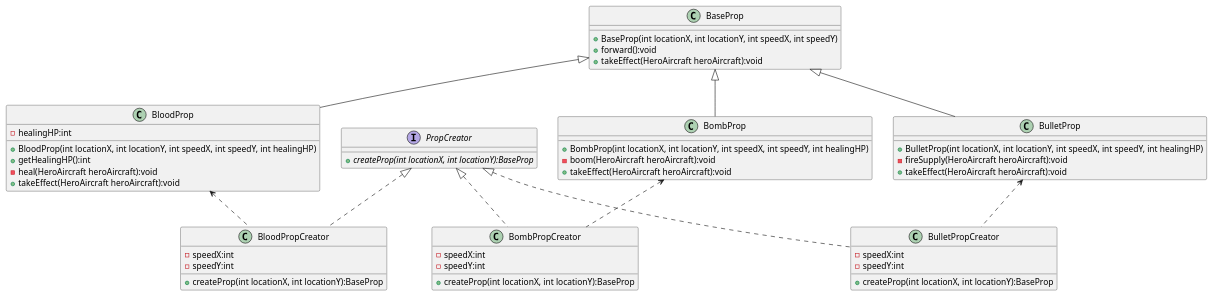
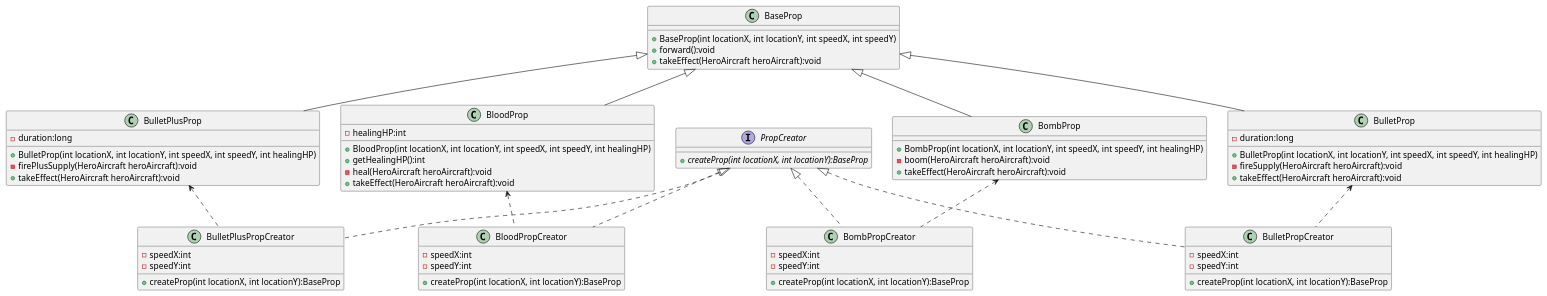
One commit to ErixisLWP/Aircraft changed the diagram in uml/Exp2_PropFactories.puml. Above: the diagram before and after it, drawn with PlantUML. The commit also changed 30 other files, not shown here.

```diff
--- a/uml/Exp2_PropFactories.puml
+++ b/uml/Exp2_PropFactories.puml
@@ -1,65 +1,83 @@
 @startuml
 
 interface PropCreator{
     + {abstract} createProp(int locationX, int locationY):BaseProp
 }
 
 class BloodPropCreator{
     - speedX:int
     - speedY:int
     + createProp(int locationX, int locationY):BaseProp
 }
 
 class BombPropCreator{
     - speedX:int
     - speedY:int
     + createProp(int locationX, int locationY):BaseProp
 }
 
 class BulletPropCreator{
     - speedX:int
     - speedY:int
     + createProp(int locationX, int locationY):BaseProp
 }
 
+class BulletPlusPropCreator{
+    - speedX:int
+    - speedY:int
+    + createProp(int locationX, int locationY):BaseProp
+}
+
 PropCreator <|.. BloodPropCreator
 PropCreator <|.. BombPropCreator
 PropCreator <|.. BulletPropCreator
+PropCreator <|.. BulletPlusPropCreator
 
 class BaseProp {
     + BaseProp(int locationX, int locationY, int speedX, int speedY)
     + forward():void
     + takeEffect(HeroAircraft heroAircraft):void
 }
 
 class BloodProp {
     - healingHP:int
     + BloodProp(int locationX, int locationY, int speedX, int speedY, int healingHP)
     + getHealingHP():int
     - heal(HeroAircraft heroAircraft):void
     + takeEffect(HeroAircraft heroAircraft):void
 }
 
 BloodProp <.. BloodPropCreator
 
 class BombProp {
     + BombProp(int locationX, int locationY, int speedX, int speedY, int healingHP)
     - boom(HeroAircraft heroAircraft):void
     + takeEffect(HeroAircraft heroAircraft):void
 }
 
 BombProp <.. BombPropCreator
 
 class BulletProp {
+    - duration:long
     + BulletProp(int locationX, int locationY, int speedX, int speedY, int healingHP)
     - fireSupply(HeroAircraft heroAircraft):void
     + takeEffect(HeroAircraft heroAircraft):void
 }
 
 BulletProp <.. BulletPropCreator
 
+class BulletPlusProp {
+    - duration:long
+    + BulletProp(int locationX, int locationY, int speedX, int speedY, int healingHP)
+    - firePlusSupply(HeroAircraft heroAircraft):void
+    + takeEffect(HeroAircraft heroAircraft):void
+}
+
+BulletPlusProp <.. BulletPlusPropCreator
+
 BaseProp <|-- BloodProp
 BaseProp <|-- BombProp
 BaseProp <|-- BulletProp
+BaseProp <|-- BulletPlusProp
 
 @enduml
```
